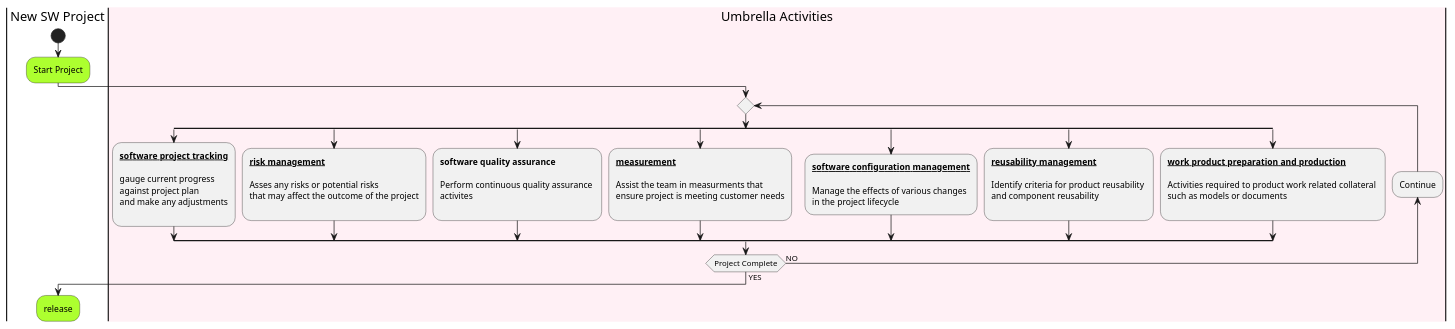
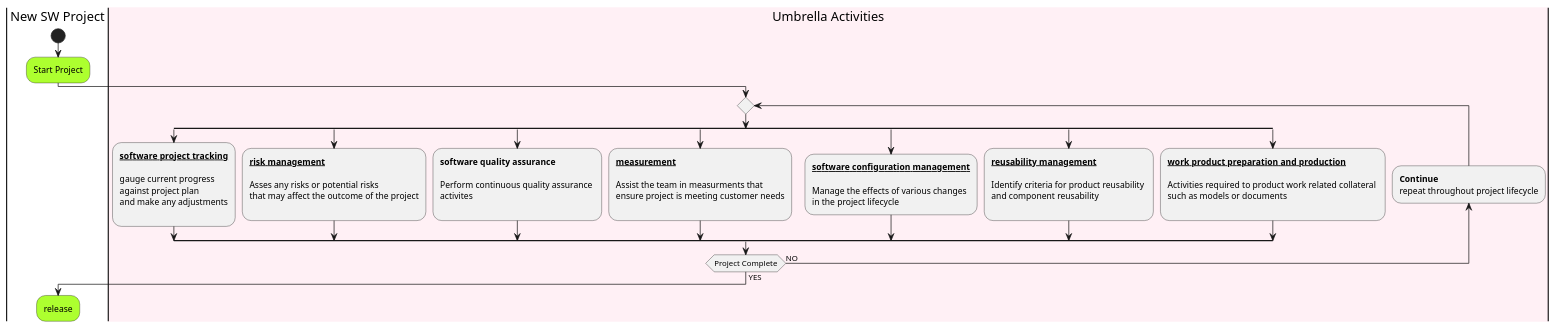
One commit to KPZNet/CSC505 changed the diagram in M1/Umbrella.puml. Above: the diagram before and after it, drawn with PlantUML.

```diff
--- a/M1/Umbrella.puml
+++ b/M1/Umbrella.puml
@@ -2,60 +2,61 @@
 @startuml UmbrellaActivities
 |New SW Project|
 
 start
 
 #GreenYellow:Start Project;
 
 |#LavenderBlush|Umbrella Activities|
 repeat
 
 split
   :**__software project tracking__**
 
   gauge current progress
   against project plan
   and make any adjustments
   ;
 split again
   :**__risk management__**
 
   Asses any risks or potential risks
   that may affect the outcome of the project
   ;
 split again
   :**software quality assurance**
   
   Perform continuous quality assurance 
   activites
   ;
 split again
   :**__measurement__**
   
   Assist the team in measurments that
   ensure project is meeting customer needs
   ;
 split again
   :**__software configuration management__**
 
   Manage the effects of various changes
   in the project lifecycle;
 split again
   :**__reusability management__**
 
   Identify criteria for product reusability 
   and component reusability
   ;
 split again
   :**__work product preparation and production__**
 
   Activities required to product work related collateral 
   such as models or documents
   ;
 end split;
-backward :Continue;
+backward :**Continue**\nrepeat throughout project lifecycle;
+
 repeatwhile (Project Complete) is (NO) not (YES)
 |New SW Project|
 
 #GreenYellow:release;
 
 @enduml
```
